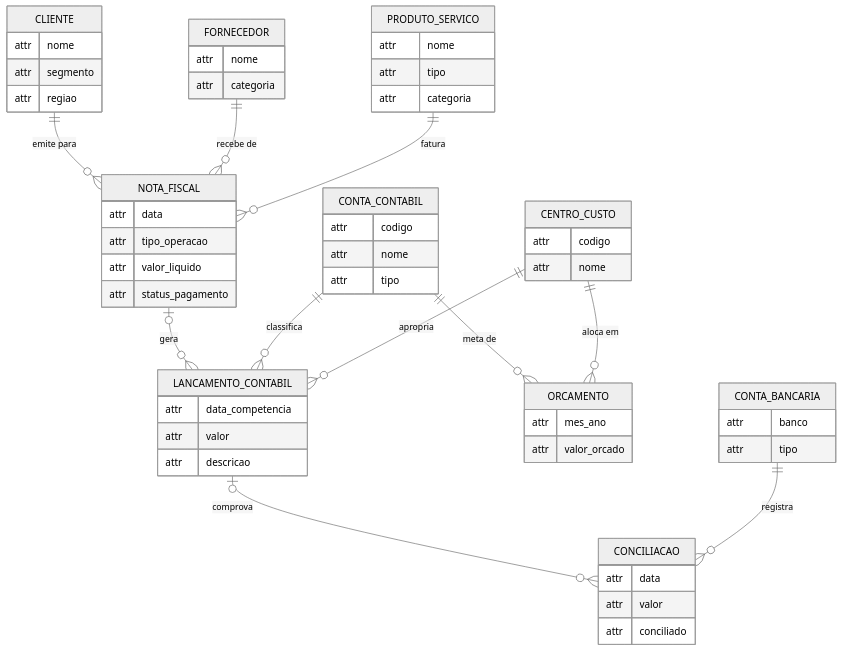
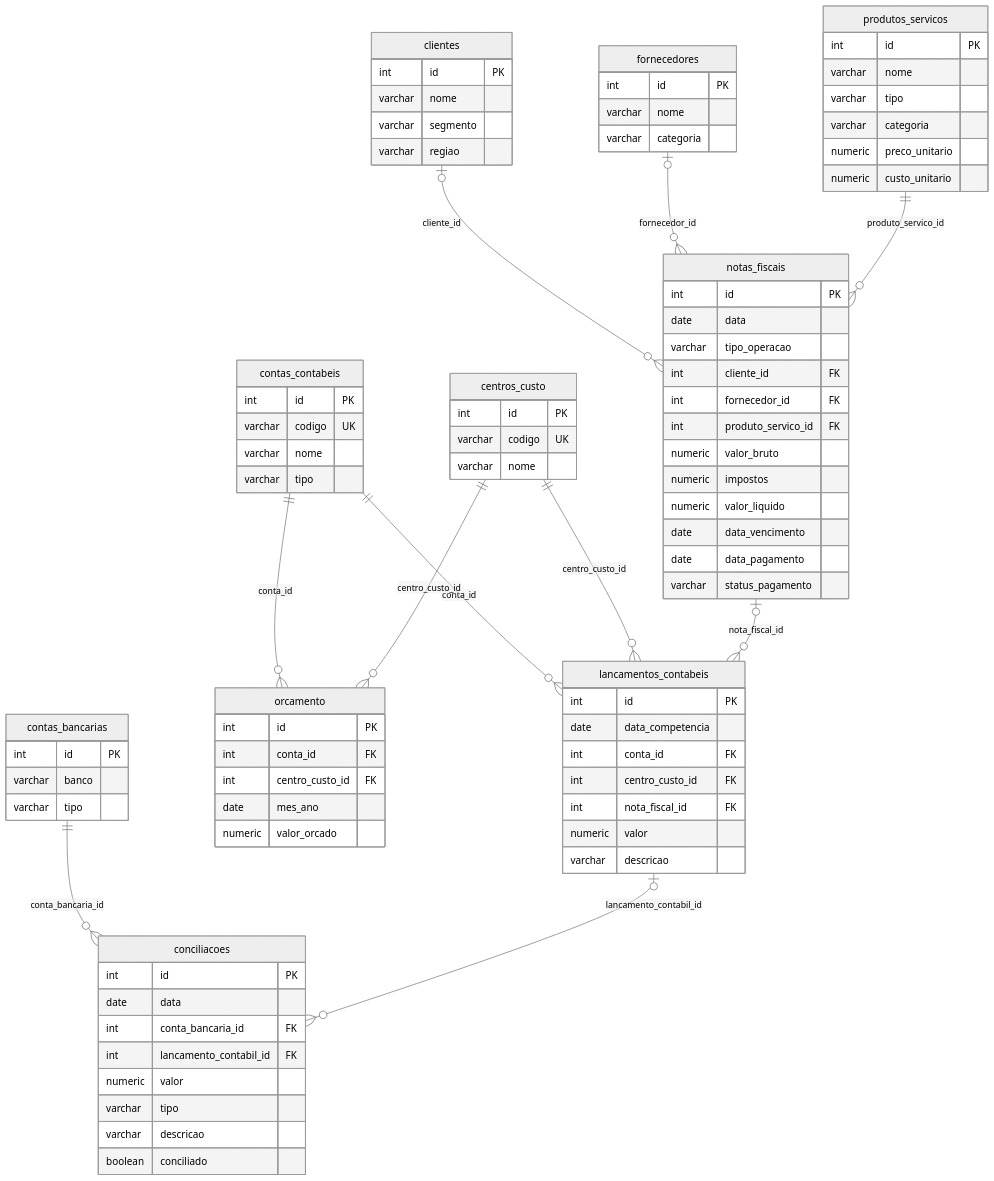
The diagram in README.md (lucasbritoling/dashboard-financeiro), drawn with Mermaid (neutral theme) before and after one commit.

````diff
--- a/README.md
+++ b/README.md
@@ -3,73 +3,106 @@
 ```mermaid
 erDiagram
-    CLIENTE ||--o{ NOTA_FISCAL : "emite para"
-    FORNECEDOR ||--o{ NOTA_FISCAL : "recebe de"
-    PRODUTO_SERVICO ||--o{ NOTA_FISCAL : "fatura"
+    %% Relacionamentos - Documentos Fiscais
+    clientes |o--o{ notas_fiscais : "cliente_id"
+    fornecedores |o--o{ notas_fiscais : "fornecedor_id"
+    produtos_servicos ||--o{ notas_fiscais : "produto_servico_id"
 
-    NOTA_FISCAL |o--o{ LANCAMENTO_CONTABIL : "gera"
-    CONTA_CONTABIL ||--o{ LANCAMENTO_CONTABIL : "classifica"
-    CENTRO_CUSTO ||--o{ LANCAMENTO_CONTABIL : "apropria"
+    %% Relacionamentos - Lançamentos Contábeis
+    contas_contabeis ||--o{ lancamentos_contabeis : "conta_id"
+    centros_custo ||--o{ lancamentos_contabeis : "centro_custo_id"
+    notas_fiscais |o--o{ lancamentos_contabeis : "nota_fiscal_id"
 
-    CONTA_CONTABIL ||--o{ ORCAMENTO : "meta de"
-    CENTRO_CUSTO ||--o{ ORCAMENTO : "aloca em"
+    %% Relacionamentos - Orçamento
+    contas_contabeis ||--o{ orcamento : "conta_id"
+    centros_custo ||--o{ orcamento : "centro_custo_id"
 
-    LANCAMENTO_CONTABIL |o--o{ CONCILIACAO : "comprova"
-    CONTA_BANCARIA ||--o{ CONCILIACAO : "registra"
+    %% Relacionamentos - Movimentações e Conciliação
+    contas_bancarias ||--o{ conciliacoes : "conta_bancaria_id"
+    lancamentos_contabeis |o--o{ conciliacoes : "lancamento_contabil_id"
 
-    CLIENTE {
-        attr nome
-        attr segmento
-        attr regiao
+    %% Entidades e Atributos
+    contas_contabeis {
+        int id PK
+        varchar codigo UK
+        varchar nome
+        varchar tipo
     }
 
-    FORNECEDOR {
-        attr nome
-        attr categoria
+    centros_custo {
+        int id PK
+        varchar codigo UK
+        varchar nome
     }
 
-    PRODUTO_SERVICO {
-        attr nome
-        attr tipo
-        attr categoria
+    clientes {
+        int id PK
+        varchar nome
+        varchar segmento
+        varchar regiao
     }
 
-    NOTA_FISCAL {
-        attr data
-        attr tipo_operacao
-        attr valor_liquido
-        attr status_pagamento
+    fornecedores {
+        int id PK
+        varchar nome
+        varchar categoria
     }
 
-    CONTA_CONTABIL {
-        attr codigo
-        attr nome
-        attr tipo
+    produtos_servicos {
+        int id PK
+        varchar nome
+        varchar tipo
+        varchar categoria
+        numeric preco_unitario
+        numeric custo_unitario
     }
 
-    CENTRO_CUSTO {
-        attr codigo
-        attr nome
+    notas_fiscais {
+        int id PK
+        date data
+        varchar tipo_operacao
+        int cliente_id FK
+        int fornecedor_id FK
+        int produto_servico_id FK
+        numeric valor_bruto
+        numeric impostos
+        numeric valor_liquido
+        date data_vencimento
+        date data_pagamento
+        varchar status_pagamento
     }
 
-    LANCAMENTO_CONTABIL {
-        attr data_competencia
-        attr valor
-        attr descricao
+    lancamentos_contabeis {
+        int id PK
+        date data_competencia
+        int conta_id FK
+        int centro_custo_id FK
+        int nota_fiscal_id FK
+        numeric valor
+        varchar descricao
     }
 
-    ORCAMENTO {
-        attr mes_ano
-        attr valor_orcado
+    contas_bancarias {
+        int id PK
+        varchar banco
+        varchar tipo
     }
 
-    CONTA_BANCARIA {
-        attr banco
-        attr tipo
+    conciliacoes {
+        int id PK
+        date data
+        int conta_bancaria_id FK
+        int lancamento_contabil_id FK
+        numeric valor
+        varchar tipo
+        varchar descricao
+        boolean conciliado
     }
 
-    CONCILIACAO {
-        attr data
-        attr valor
-        attr conciliado
+    orcamento {
+        int id PK
+        int conta_id FK
+        int centro_custo_id FK
+        date mes_ano
+        numeric valor_orcado
     }
 ```
````
